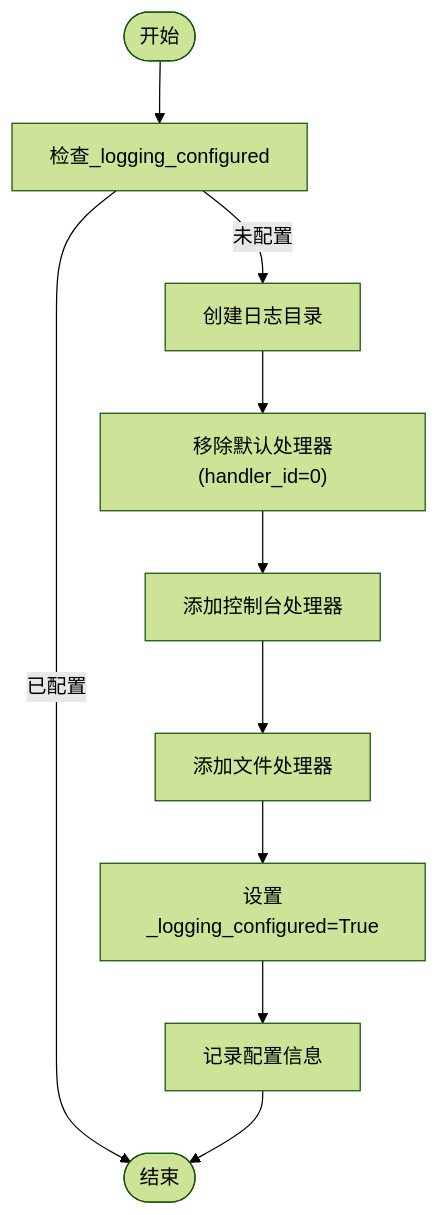
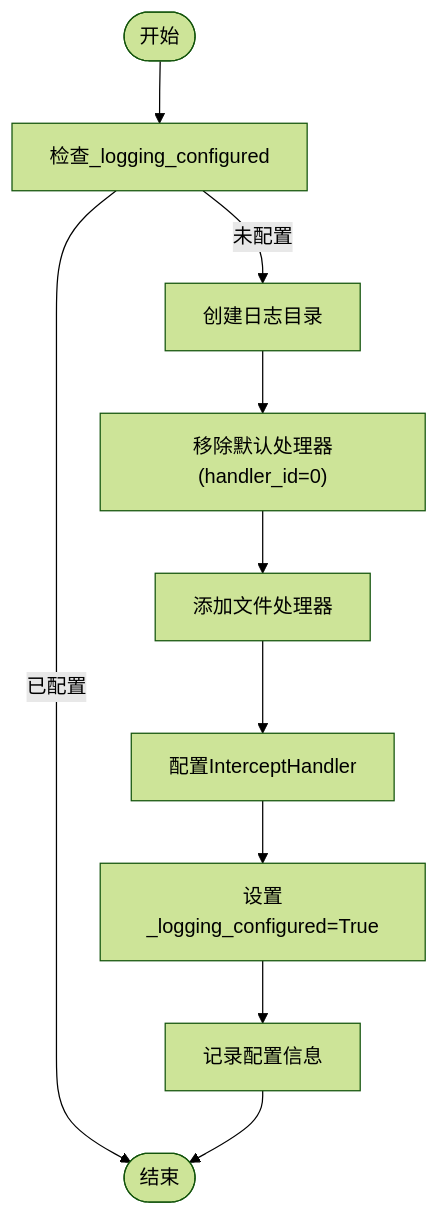
Before and after one commit to gittool/acemcp: the third of 7 diagrams in .qoder/repowiki/zh/content/日志与监控/日志配置管理.md, drawn with Mermaid (forest theme). The commit also changed other lines of this file and 3 other files, not shown here.

````diff
--- a/.qoder/repowiki/zh/content/日志与监控/日志配置管理.md
+++ b/.qoder/repowiki/zh/content/日志与监控/日志配置管理.md
@@ -91,12 +99,12 @@
 ```mermaid
 flowchart TD
 Start([开始]) --> CheckConfigured["检查_logging_configured"]
 CheckConfigured --> |已配置| End([结束])
 CheckConfigured --> |未配置| CreateDir["创建日志目录"]
 CreateDir --> RemoveDefault["移除默认处理器(handler_id=0)"]
-RemoveDefault --> AddConsole["添加控制台处理器"]
-AddConsole --> AddFile["添加文件处理器"]
-AddFile --> SetFlag["设置_logging_configured=True"]
+RemoveDefault --> AddFile["添加文件处理器"]
+AddFile --> SetupIntercept["配置InterceptHandler"]
+SetupIntercept --> SetFlag["设置_logging_configured=True"]
 SetFlag --> LogInfo["记录配置信息"]
 LogInfo --> End
 ```
````
